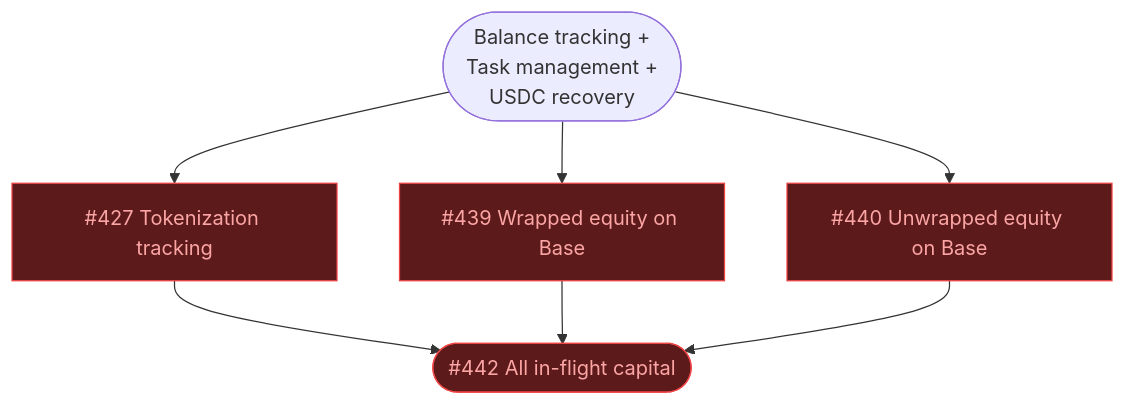
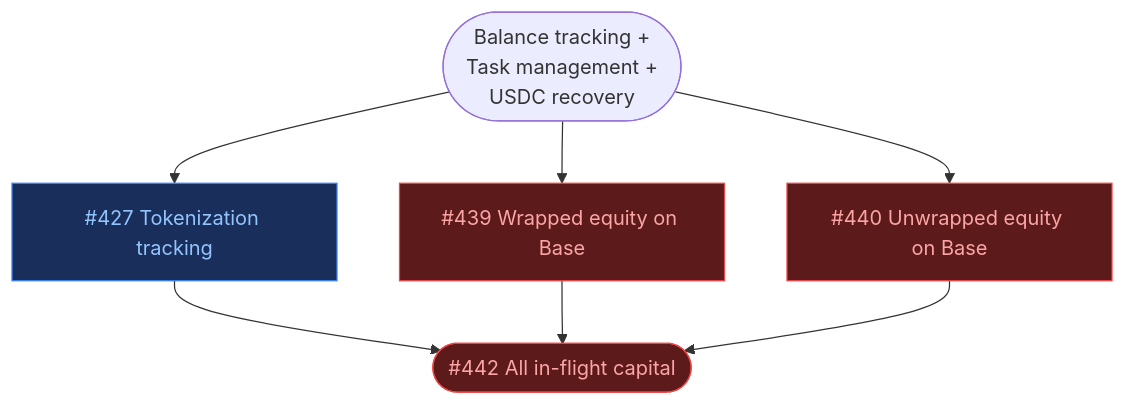
The seventh of 8 diagrams in ROADMAP.md (ST0x-Technology/st0x.liquidity), drawn with Mermaid before and after one commit. The commit also changed other lines of this file, not shown here.

Commit message:
roadmap: add 'ready' state for stackable dependencies, re-evaluate all graphs

````diff
--- a/ROADMAP.md
+++ b/ROADMAP.md
@@ -265,17 +253,18 @@
 ```mermaid
 graph TD
+    classDef wip fill:#1a2e5c,stroke:#3b82f6,color:#93c5fd
     classDef blocked fill:#5c1a1a,stroke:#ef4444,color:#fca5a5
 
     deps(["Balance tracking +<br/>Task management +<br/>USDC recovery"])
-    id427["#427 Tokenization tracking"]:::blocked
+    id427["#427 Tokenization tracking"]:::wip
     id439["#439 Wrapped equity on Base"]:::blocked
     id440["#440 Unwrapped equity on Base"]:::blocked
     id442(["#442 All in-flight capital"]):::blocked
 
     deps --> id427 & id439 & id440 --> id442
 
     click id427 href "https://github.com/ST0x-Technology/st0x.liquidity/issues/427"
     click id439 href "https://github.com/ST0x-Technology/st0x.liquidity/issues/439"
     click id440 href "https://github.com/ST0x-Technology/st0x.liquidity/issues/440"
     click id442 href "https://github.com/ST0x-Technology/st0x.liquidity/issues/442"
 ```
````
